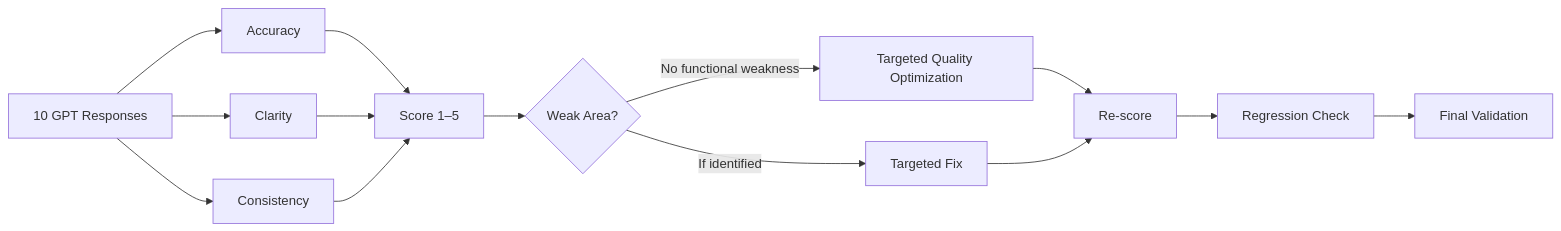
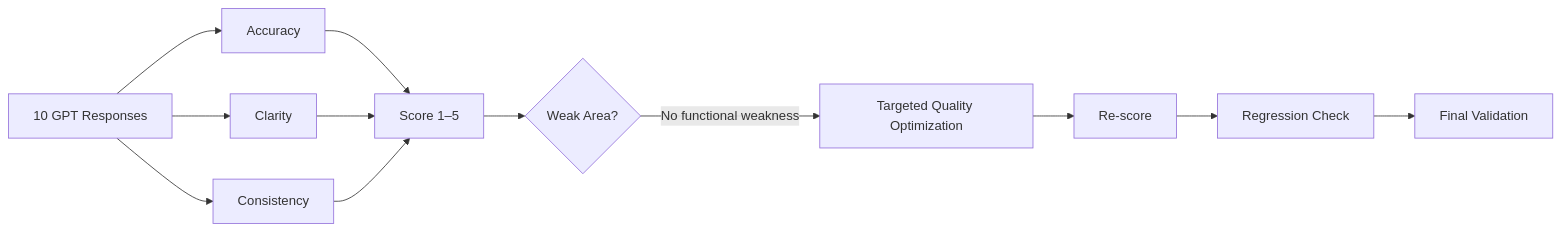
The diagram in README.md (shaikshahid777/ai-job-application-assistant-gpt-evaluation), drawn with Mermaid before and after one commit. The commit also changed other lines of this file, not shown here.

````diff
--- a/README.md
+++ b/README.md
@@ -55,16 +64,14 @@
 ```mermaid
 flowchart LR
     A[10 GPT Responses] --> B[Accuracy]
     A --> C[Clarity]
     A --> D[Consistency]
     B --> E[Score 1–5]
     C --> E
     D --> E
     E --> F{Weak Area?}
     F -->|No functional weakness| G[Targeted Quality Optimization]
-    F -->|If identified| H[Targeted Fix]
-    G --> I[Re-score]
-    H --> I
-    I --> J[Regression Check]
-    J --> K[Final Validation]
+    G --> H[Re-score]
+    H --> I[Regression Check]
+    I --> J[Final Validation]
 ```
````
